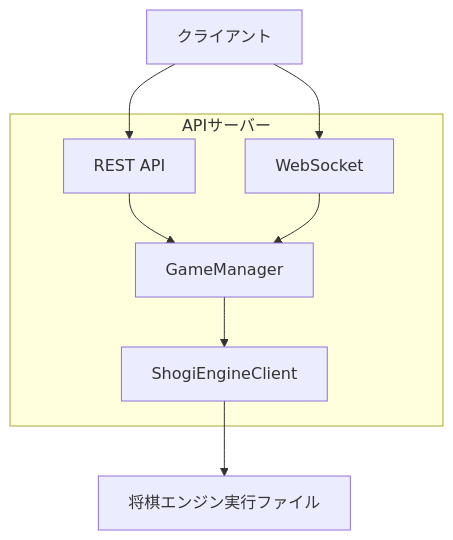
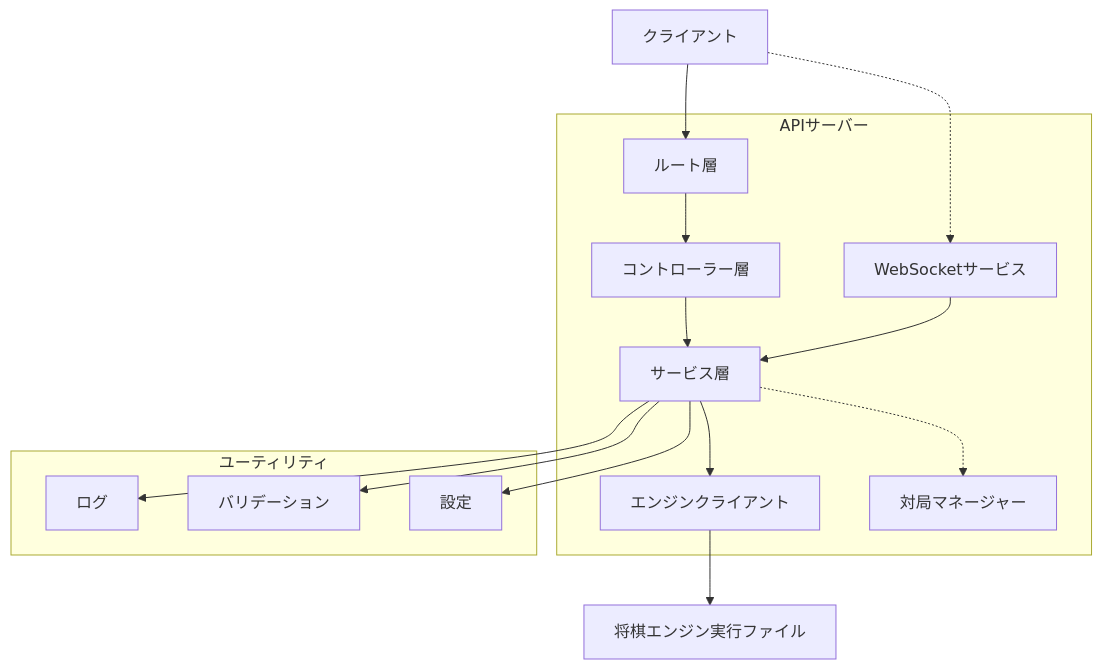
Before and after one commit to tora-tora-tiger/mics2-1d: the first of 2 diagrams in client/docs/api.md, drawn with Mermaid. The commit also changed other lines of this file and 5 other files, not shown here.

````diff
--- a/client/docs/api.md
+++ b/client/docs/api.md
@@ -9,16 +9,31 @@
 ```mermaid
 graph TB
-    Client[クライアント] --> API[REST API]
-    Client --> WS[WebSocket]
-    API --> GM[GameManager]
-    WS --> GM
-    GM --> Engine[ShogiEngineClient]
-    Engine --> Binary[将棋エンジン実行ファイル]
+    Client[クライアント] --> Routes[ルート層]
+    Routes --> Controllers[コントローラー層]
+    Controllers --> Services[サービス層]
+    Services --> EngineClient[エンジンクライアント]
+    EngineClient --> Binary[将棋エンジン実行ファイル]
+
+    Client -.-> WS[WebSocketサービス]
+    WS --> Services
+    Services -.-> GameManager[対局マネージャー]
 
     subgraph "APIサーバー"
-        API
+        Routes
+        Controllers
+        Services
         WS
-        GM
-        Engine
+        GameManager
+        EngineClient
     end
+
+    subgraph "ユーティリティ"
+        Logger[ログ]
+        Validation[バリデーション]
+        Config[設定]
+    end
+
+    Services --> Logger
+    Services --> Validation
+    Services --> Config
 ```
````
